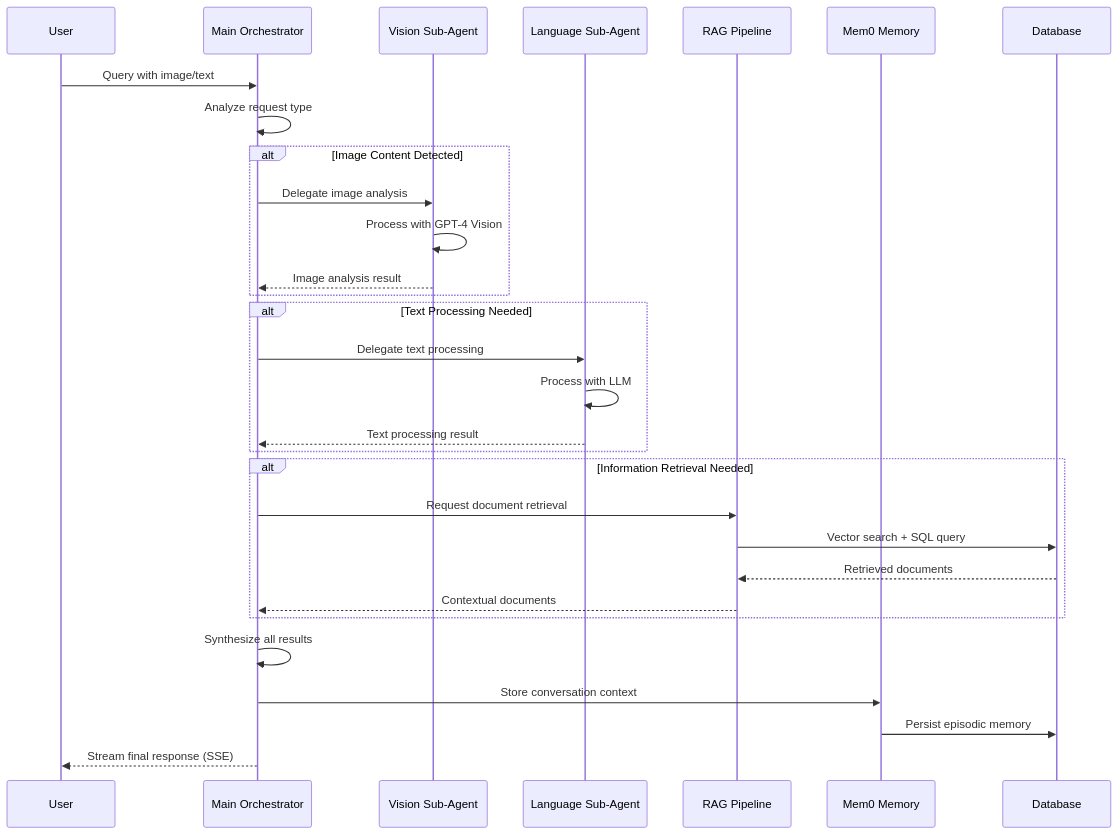
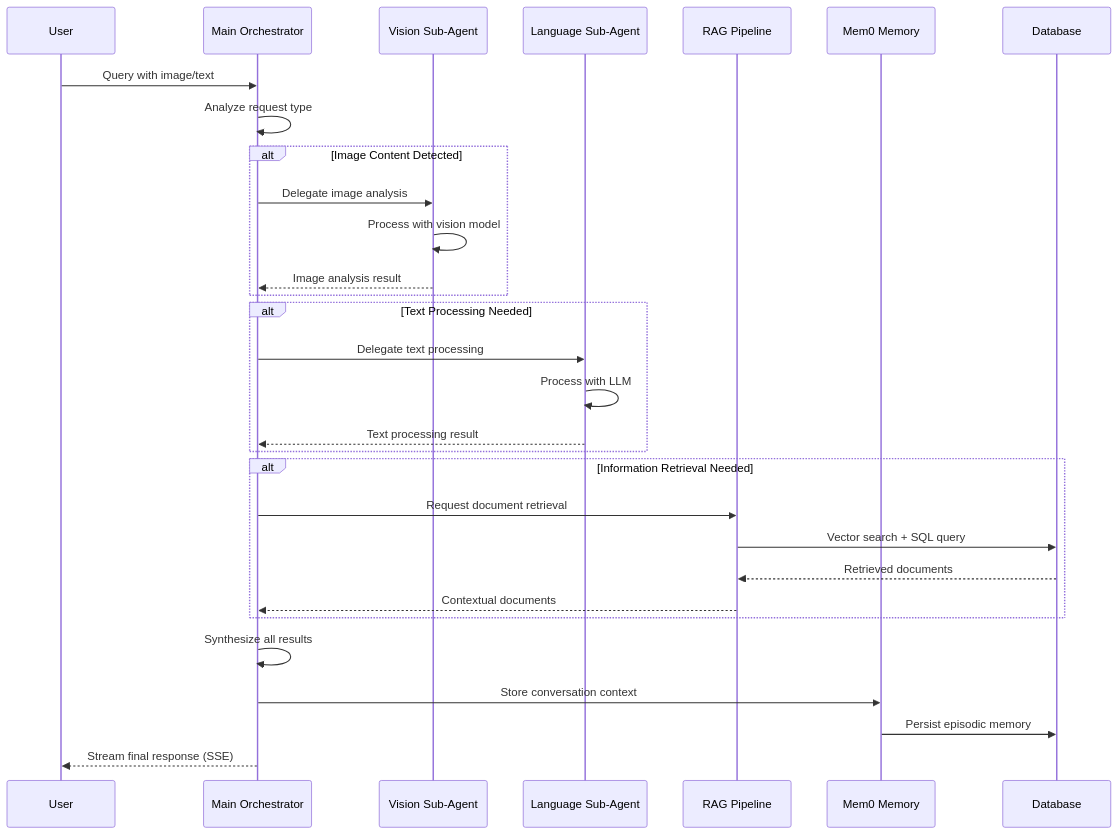
Before and after one commit to t-ateya/hierarchical-multi-agent-retrieval-system: the third of 8 diagrams in docs/structure/ARCHITECTURE.md, drawn with Mermaid. The commit also changed other lines of this file and 159 other files, not shown here.

````diff
--- a/docs/structure/ARCHITECTURE.md
+++ b/docs/structure/ARCHITECTURE.md
@@ -103,37 +103,37 @@
 ```mermaid
 sequenceDiagram
     participant User
     participant Orchestrator as Main Orchestrator
     participant Vision as Vision Sub-Agent
     participant Language as Language Sub-Agent
     participant RAG as RAG Pipeline
     participant Memory as Mem0 Memory
     participant DB as Database
 
     User->>Orchestrator: Query with image/text
     Orchestrator->>Orchestrator: Analyze request type
 
     alt Image Content Detected
         Orchestrator->>Vision: Delegate image analysis
-        Vision->>Vision: Process with GPT-4 Vision
+        Vision->>Vision: Process with vision model
         Vision-->>Orchestrator: Image analysis result
     end
 
     alt Text Processing Needed
         Orchestrator->>Language: Delegate text processing
         Language->>Language: Process with LLM
         Language-->>Orchestrator: Text processing result
     end
 
     alt Information Retrieval Needed
         Orchestrator->>RAG: Request document retrieval
         RAG->>DB: Vector search + SQL query
         DB-->>RAG: Retrieved documents
         RAG-->>Orchestrator: Contextual documents
     end
 
     Orchestrator->>Orchestrator: Synthesize all results
     Orchestrator->>Memory: Store conversation context
     Memory->>DB: Persist episodic memory
     Orchestrator-->>User: Stream final response (SSE)
 ```
````
